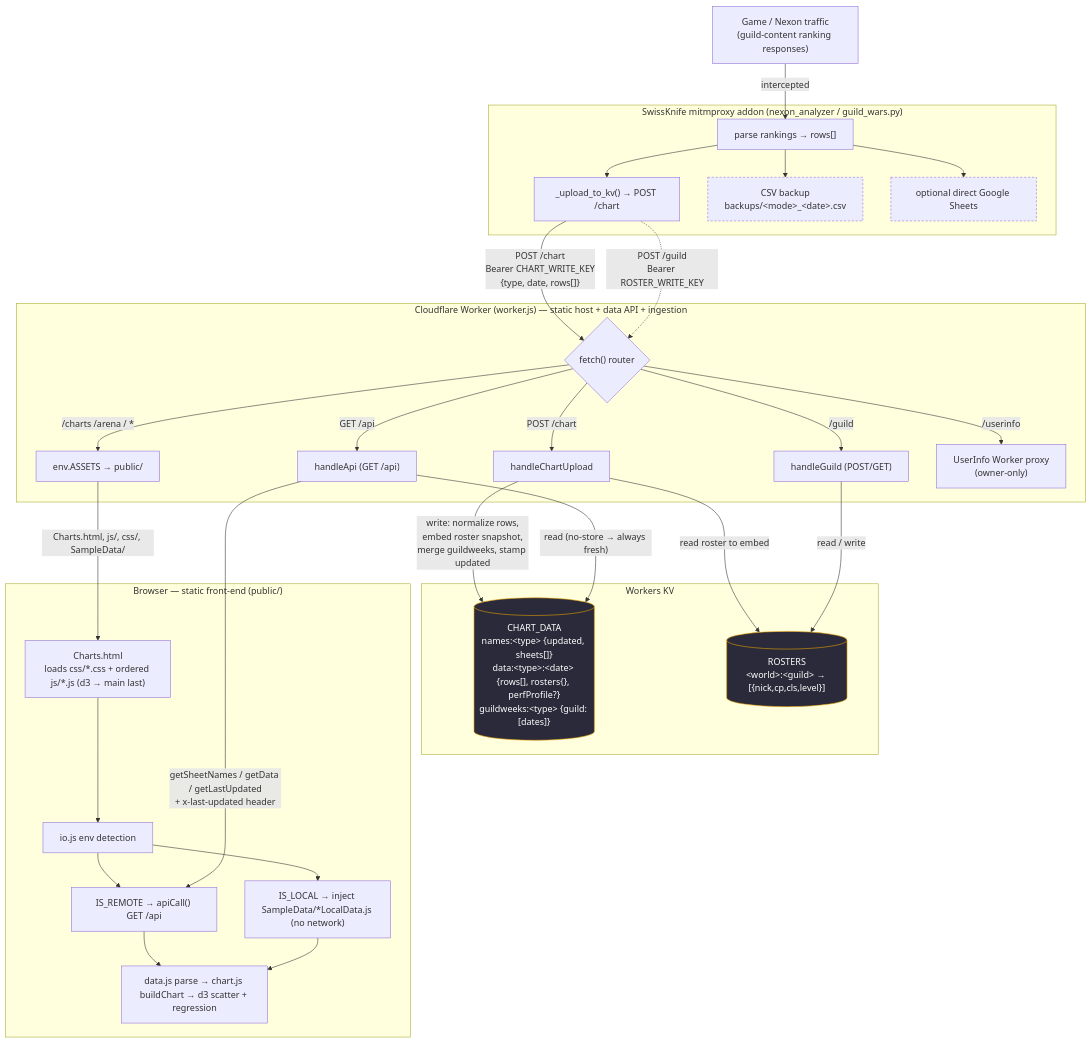
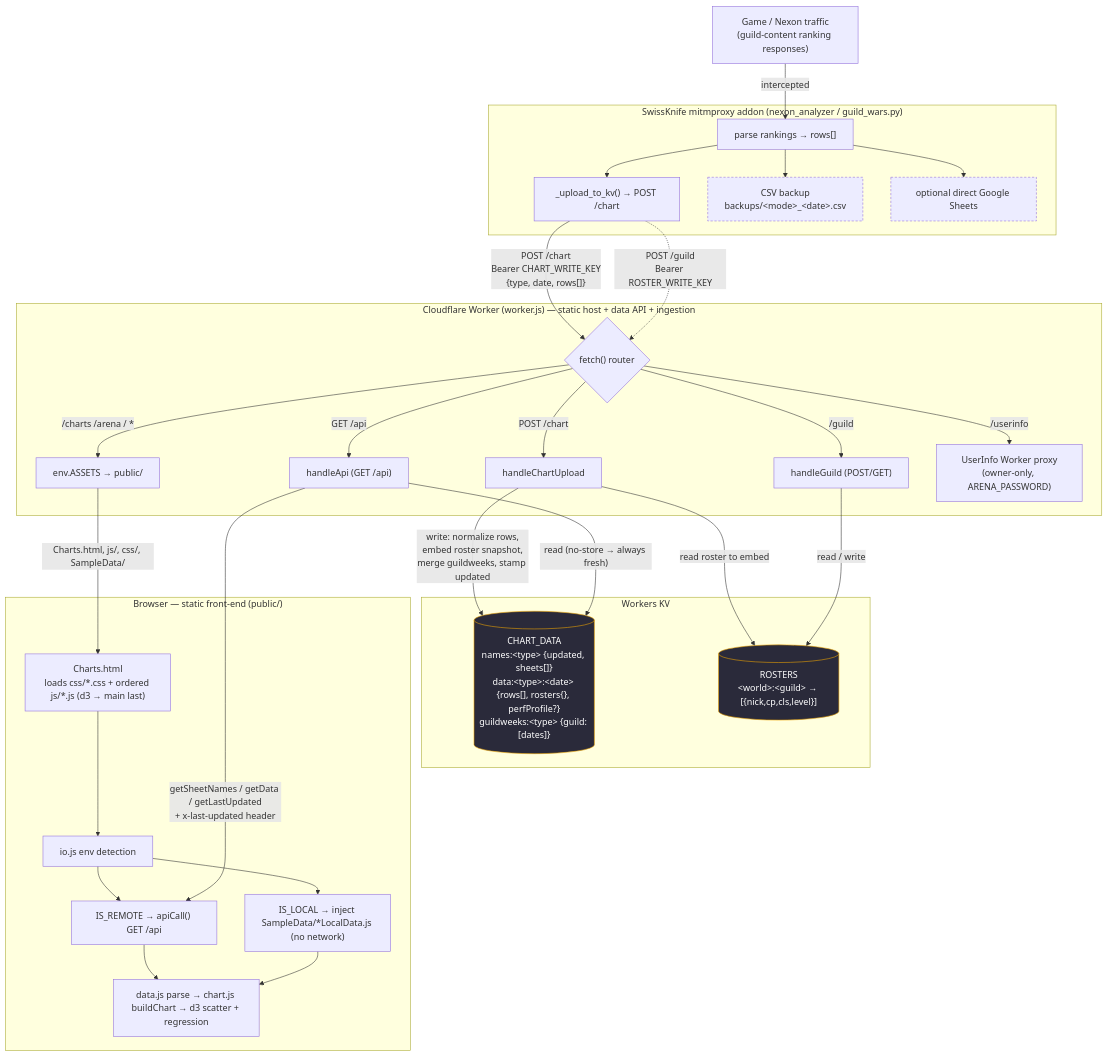
Before and after one commit to bera1hoes/website: the diagram in docs/architecture.md, drawn with Mermaid. The commit also changed 516 other files, not shown here.

````diff
--- a/docs/architecture.md
+++ b/docs/architecture.md
@@ -9,64 +9,64 @@
 ```mermaid
 flowchart TB
     game["Game / Nexon traffic<br/>(guild-content ranking responses)"]
 
     subgraph sk["SwissKnife mitmproxy addon (nexon_analyzer / guild_wars.py)"]
         parse["parse rankings → rows[]"]
         kvup["_upload_to_kv() → POST /chart"]
         csv["CSV backup<br/>backups/&lt;mode&gt;_&lt;date&gt;.csv"]
         gsheet["optional direct Google Sheets"]
     end
 
     game -->|intercepted| parse
     parse --> kvup
     parse --> csv
     parse --> gsheet
 
     subgraph worker["Cloudflare Worker (worker.js) — static host + data API + ingestion"]
         router{"fetch() router"}
         handleChart["handleChartUpload"]
         handleGuild["handleGuild (POST/GET)"]
         handleApi["handleApi (GET /api)"]
         assets["env.ASSETS → public/"]
-        userinfo["UserInfo Worker proxy<br/>(owner-only)"]
+        userinfo["UserInfo Worker proxy<br/>(owner-only, ARENA_PASSWORD)"]
         router -->|POST /chart| handleChart
         router -->|/guild| handleGuild
         router -->|GET /api| handleApi
         router -->|/charts /arena / *| assets
         router -->|/userinfo| userinfo
     end
 
     kvup -->|"POST /chart<br/>Bearer CHART_WRITE_KEY<br/>{type, date, rows[]}"| router
     kvup -.->|"POST /guild<br/>Bearer ROSTER_WRITE_KEY"| router
 
     subgraph kv["Workers KV"]
         chartdata[("CHART_DATA<br/>names:&lt;type&gt; {updated, sheets[]}<br/>data:&lt;type&gt;:&lt;date&gt; {rows[], rosters{}, perfProfile?}<br/>guildweeks:&lt;type&gt; {guild: [dates]}")]
         rosters[("ROSTERS<br/>&lt;world&gt;:&lt;guild&gt; → [{nick,cp,cls,level}]")]
     end
 
     handleChart -->|"write: normalize rows,<br/>embed roster snapshot,<br/>merge guildweeks, stamp updated"| chartdata
     handleChart -->|read roster to embed| rosters
     handleGuild -->|read / write| rosters
     handleApi -->|"read (no-store → always fresh)"| chartdata
 
     subgraph browser["Browser — static front-end (public/)"]
         charts["Charts.html<br/>loads css/*.css + ordered js/*.js (d3 → main last)"]
         io["io.js env detection"]
         remote["IS_REMOTE → apiCall() GET /api"]
         local["IS_LOCAL → inject SampleData/*LocalData.js (no network)"]
         render["data.js parse → chart.js buildChart → d3 scatter + regression"]
         charts --> io
         io --> remote
         io --> local
         remote --> render
         local --> render
     end
 
     handleApi -->|"getSheetNames / getData / getLastUpdated<br/>+ x-last-updated header"| remote
     assets -->|Charts.html, js/, css/, SampleData/| charts
 
     classDef store fill:#2a2a3a,stroke:#f0a500,color:#fff;
     classDef safety stroke-dasharray: 4 3;
     class chartdata,rosters store;
     class csv,gsheet safety;
 ```
````
